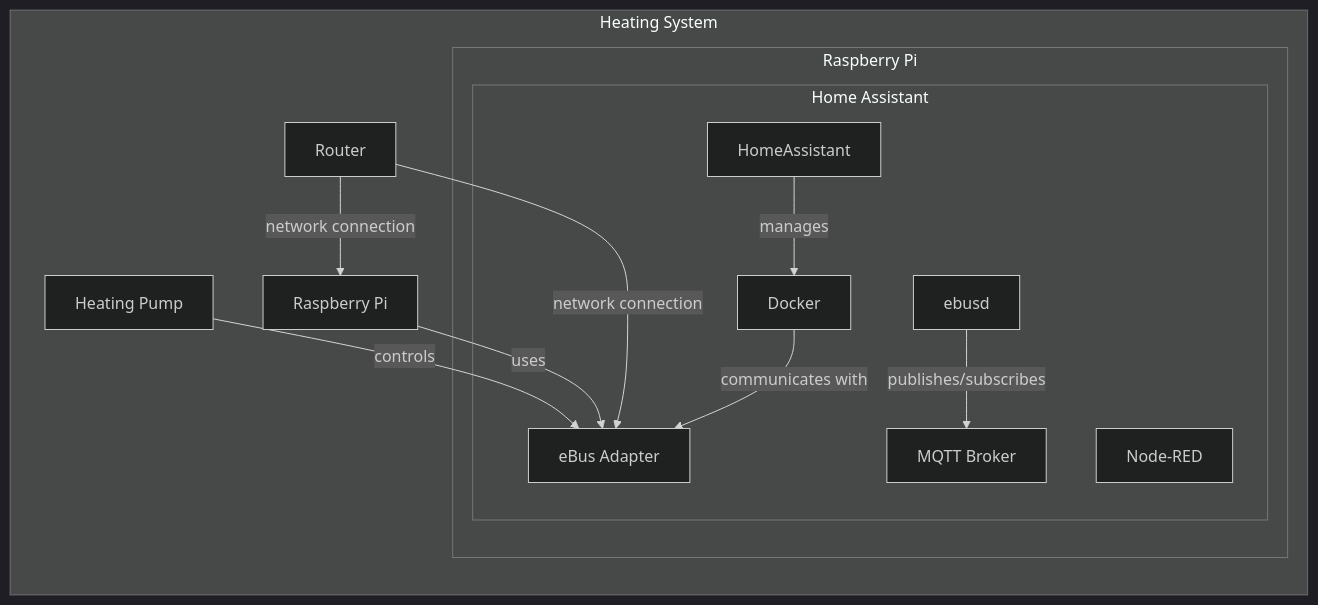
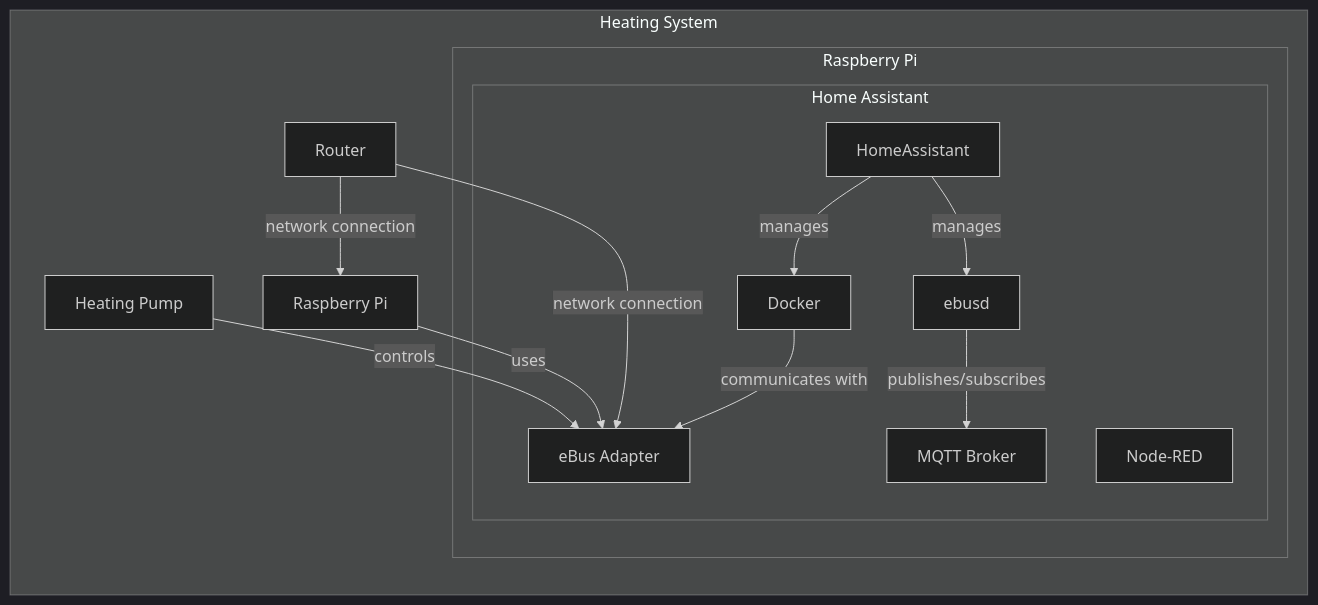
The diagram in README.md (wiedwo/ebusd-guide-Ochsner-GMWW-with-Home-Assistant), drawn with Mermaid before and after one commit.

````diff
--- a/README.md
+++ b/README.md
@@ -16,23 +16,24 @@
 ```mermaid
 %%{init: {'theme':'dark'}}%%
 graph LR  
     subgraph Heating System  
         Pump[Heating Pump] -->|controls| Adapter[eBus Adapter]  
         Pi[Raspberry Pi] -->|uses| Adapter  
         Router[Router] -->|network connection| Pi  
         Router -->|network connection| Adapter  
         
         subgraph Raspberry Pi  
             subgraph Home Assistant  
                 NodeRed[Node-RED]  
-                Ebusd[ebusd]  
+                ebusd[ebusd]  
                 MqttBroker[MQTT Broker]  
                 Portainer[HomeAssistant]
+                Portainer -->|manages| ebusd
                 Docker -->|communicates with| Adapter 
             end  
-            Ebusd -->|publishes/subscribes| MqttBroker  
-            Portainer -->|manages| Docker  
+            ebusd -->|publishes/subscribes| MqttBroker  
+            Portainer -->|manages| Docker
         end  
     end  
 
 ```
````
